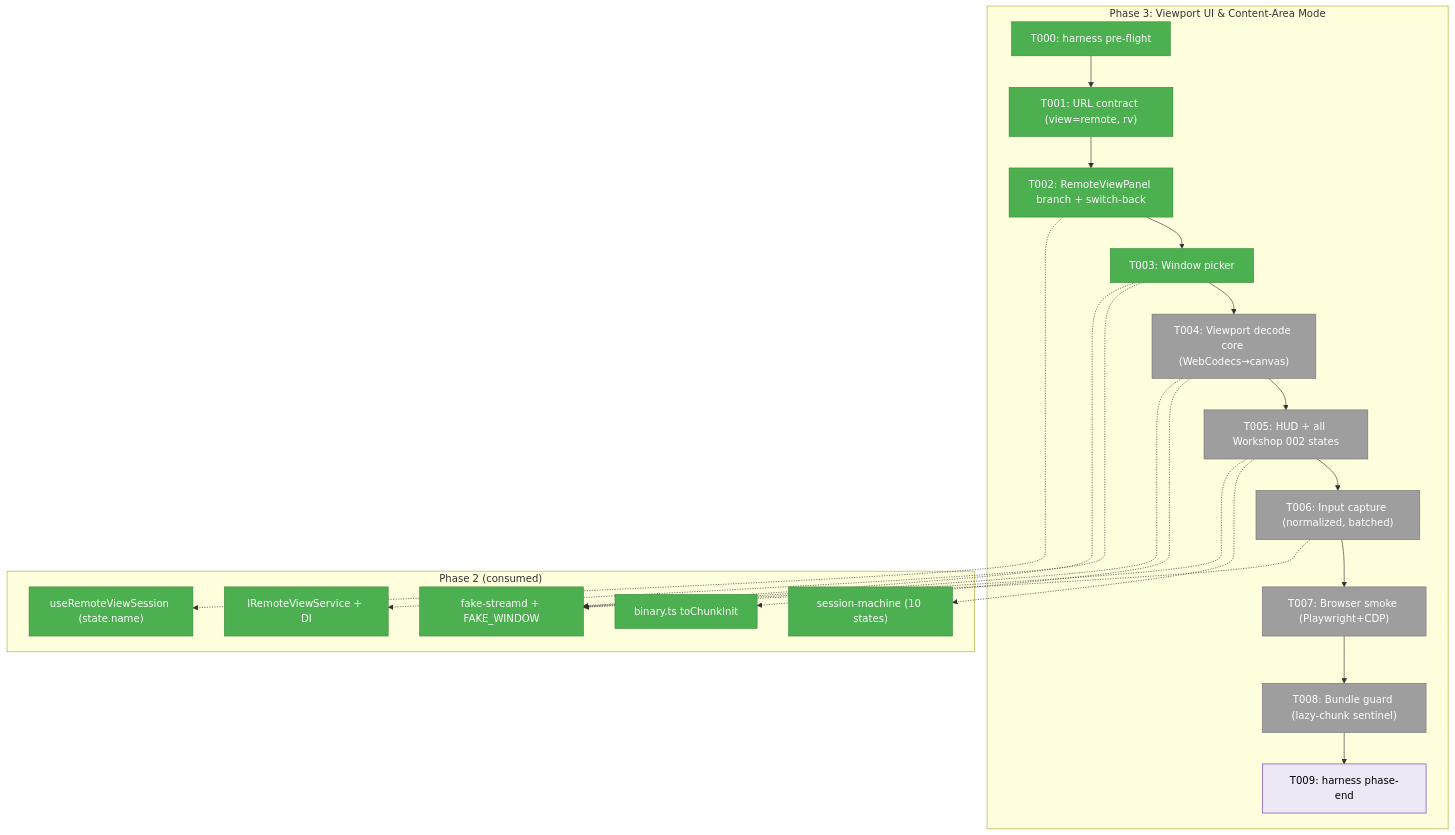
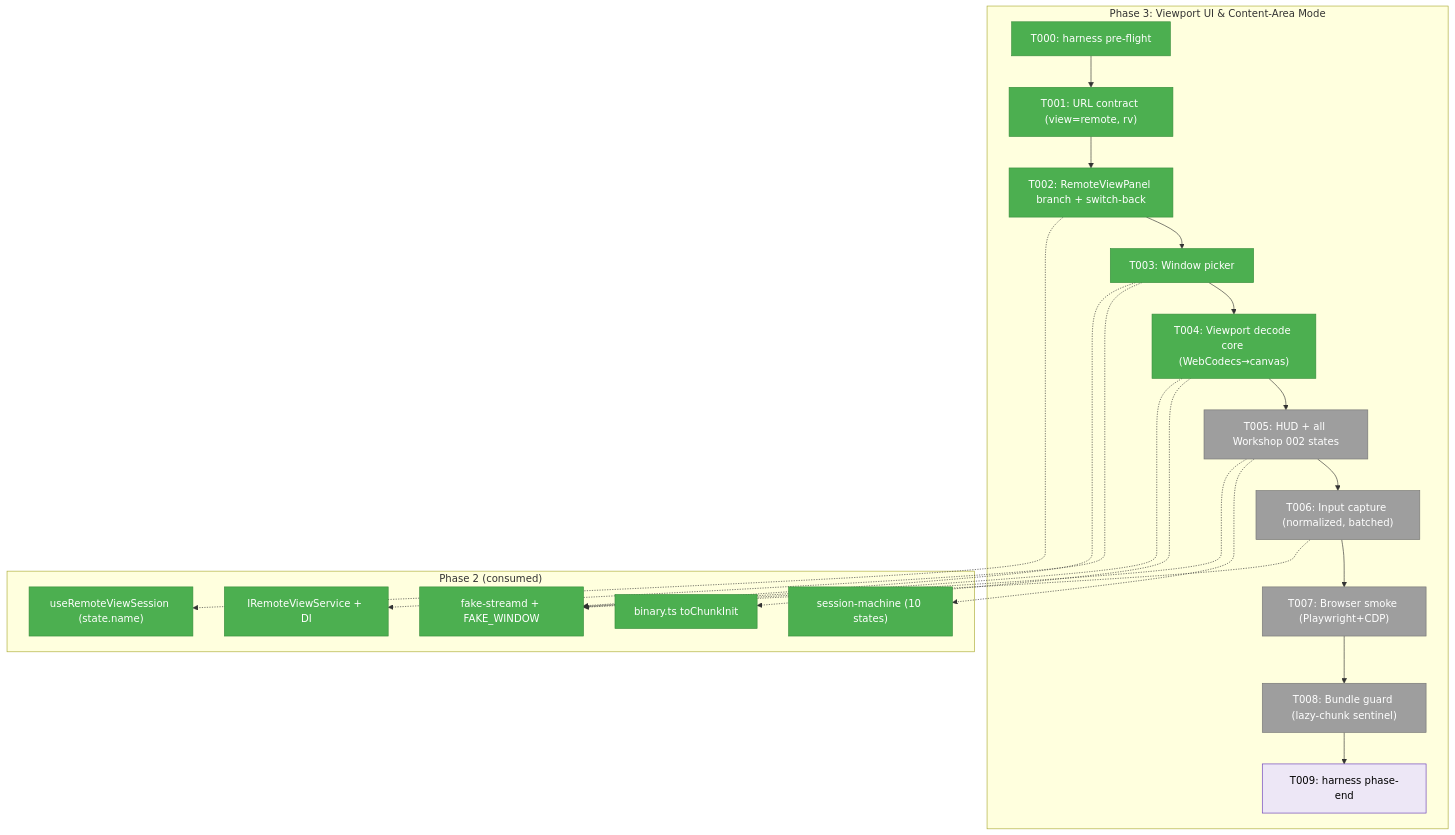
Before and after one commit to AI-Substrate/chainglass: the first of 3 diagrams in docs/plans/088-remote-app-view/tasks/phase-3-viewport-ui-content-area-mode/tasks.md, drawn with Mermaid. The commit also changed other lines of this file and 6 other files, not shown here.

First line of the commit message:
feat(remote-view): T004 viewport decode core — WebCodecs→canvas (Plan 088 Phase 3)

````diff
--- a/docs/plans/088-remote-app-view/tasks/phase-3-viewport-ui-content-area-mode/tasks.md
+++ b/docs/plans/088-remote-app-view/tasks/phase-3-viewport-ui-content-area-mode/tasks.md
@@ -90,36 +90,36 @@
 ```mermaid
 flowchart TD
     classDef pending fill:#9E9E9E,stroke:#757575,color:#fff
     classDef wip fill:#FF9800,stroke:#F57C00,color:#000
     classDef done fill:#4CAF50,stroke:#388E3C,color:#fff
     classDef seam fill:#EDE7F6,stroke:#673AB7,color:#000
     classDef reuse fill:#4CAF50,stroke:#388E3C,color:#fff
 
     subgraph Phase["Phase 3: Viewport UI & Content-Area Mode"]
         T000["T000: harness pre-flight"]:::done
         T001["T001: URL contract (view=remote, rv)"]:::done
         T002["T002: RemoteViewPanel branch + switch-back"]:::done
         T003["T003: Window picker"]:::done
-        T004["T004: Viewport decode core (WebCodecs→canvas)"]:::pending
+        T004["T004: Viewport decode core (WebCodecs→canvas)"]:::done
         T005["T005: HUD + all Workshop 002 states"]:::pending
         T006["T006: Input capture (normalized, batched)"]:::pending
         T007["T007: Browser smoke (Playwright+CDP)"]:::pending
         T008["T008: Bundle guard (lazy-chunk sentinel)"]:::pending
         T009["T009: harness phase-end"]:::seam
         T000 --> T001 --> T002 --> T003 --> T004 --> T005 --> T006 --> T007 --> T008 --> T009
     end
 
     subgraph Reuse["Phase 2 (consumed)"]
         H["useRemoteViewSession (state.name)"]:::reuse
         FSM["session-machine (10 states)"]:::reuse
         BIN["binary.ts toChunkInit"]:::reuse
         SVC["IRemoteViewService + DI"]:::reuse
         FAKE["fake-streamd + FAKE_WINDOW"]:::reuse
     end
 
     T002 -.-> H
     T003 -.-> SVC
     T004 -.-> BIN
     T005 -.-> FSM
     T003 & T004 & T005 & T006 -.-> FAKE
 ```
````
